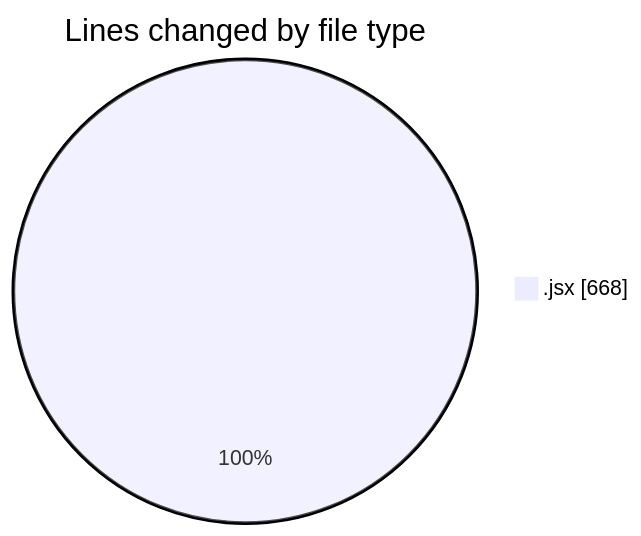
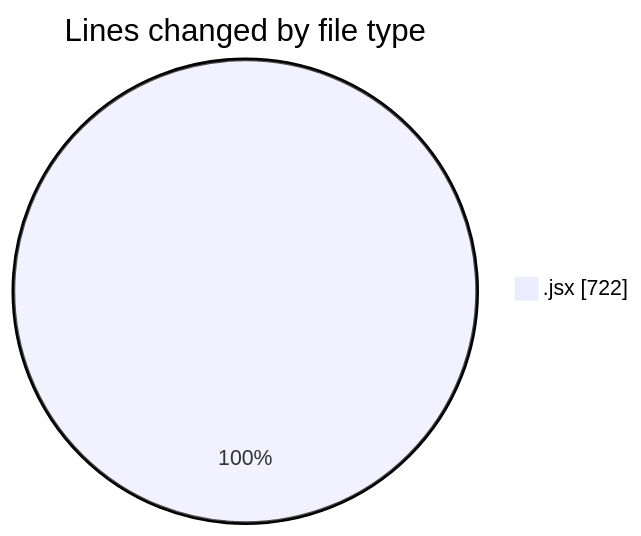
One commit to nxtqubesakshisongat/code-tracking changed the first of 2 diagrams in 2025-12-08/nxtqube_webapp/README.md. Above: the diagram before and after it, drawn with Mermaid. The commit also changed other lines of this file and 1 other file, not shown here.

````diff
--- a/2025-12-08/nxtqube_webapp/README.md
+++ b/2025-12-08/nxtqube_webapp/README.md
@@ -20,5 +21,5 @@
 ```mermaid
 pie showData
 title Lines changed by file type
-".jsx" : 668
+".jsx" : 722
 ```
````
